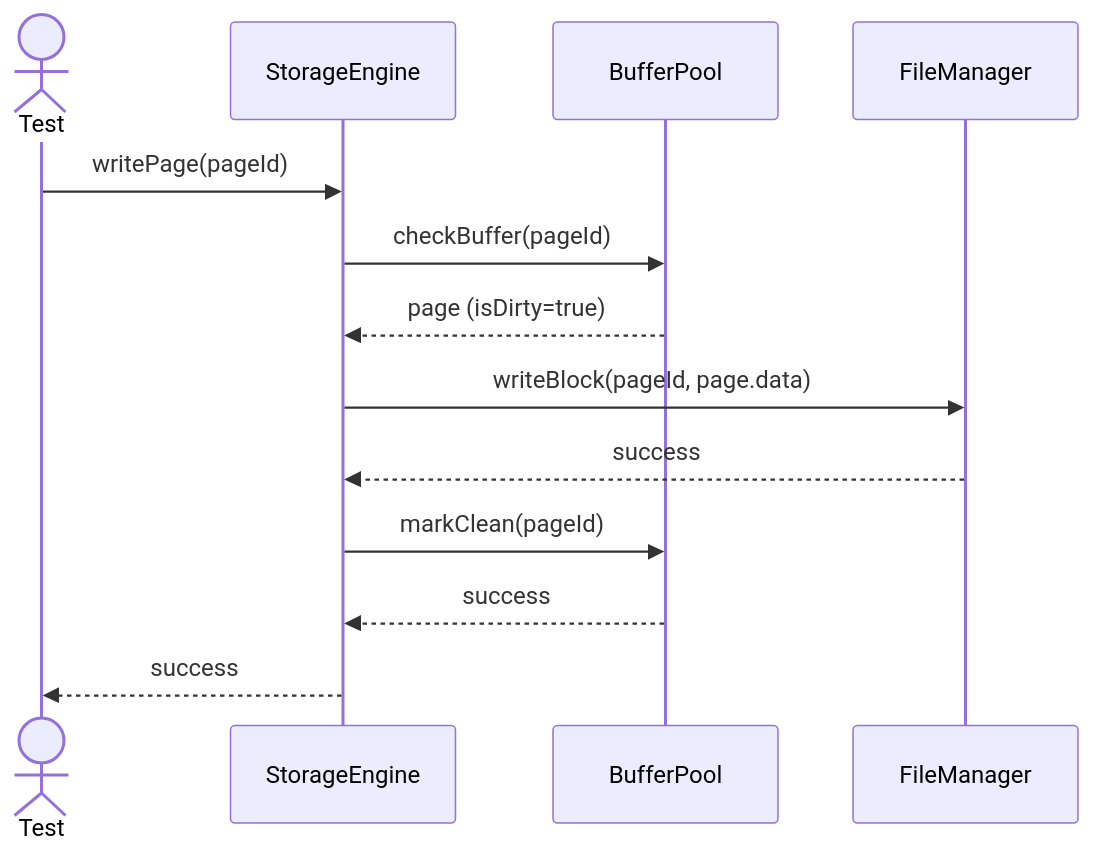
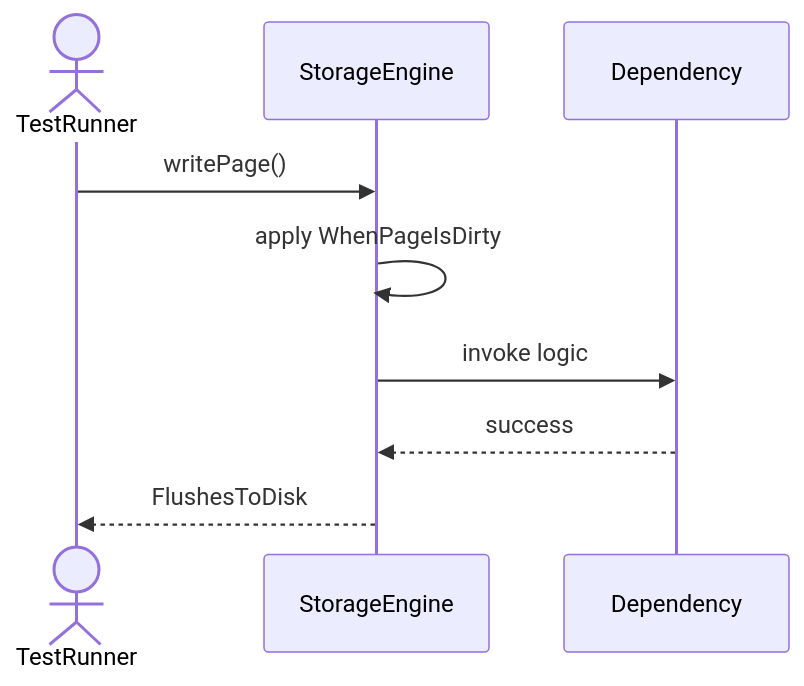
The second of 6 diagrams in Sequences/StorageEngine/StorageEngine.md (TamBui1706/DBMS), drawn with Mermaid before and after one commit. The commit also changed other lines of this file and 63 other files, not shown here.

Commit message:
Draw sequence diagram for unit tests

````diff
--- a/Sequences/StorageEngine/StorageEngine.md
+++ b/Sequences/StorageEngine/StorageEngine.md
@@ -33,16 +32,10 @@
 ```mermaid
 sequenceDiagram
-    actor Test
+    actor TestRunner
     participant StorageEngine
-    participant BufferPool
-    participant FileManager
-
-    Test->>StorageEngine: writePage(pageId)
-    StorageEngine->>BufferPool: checkBuffer(pageId)
-    BufferPool-->>StorageEngine: page (isDirty=true)
-    StorageEngine->>FileManager: writeBlock(pageId, page.data)
-    FileManager-->>StorageEngine: success
-    StorageEngine->>BufferPool: markClean(pageId)
-    BufferPool-->>StorageEngine: success
-    StorageEngine-->>Test: success
+    TestRunner->>StorageEngine: writePage()
+    StorageEngine->>StorageEngine: apply WhenPageIsDirty
+    StorageEngine->>Dependency: invoke logic
+    Dependency-->>StorageEngine: success
+    StorageEngine-->>TestRunner: FlushesToDisk
 ```
````
